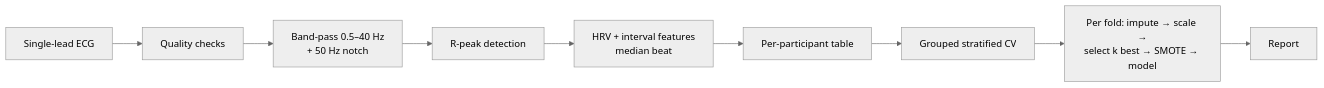
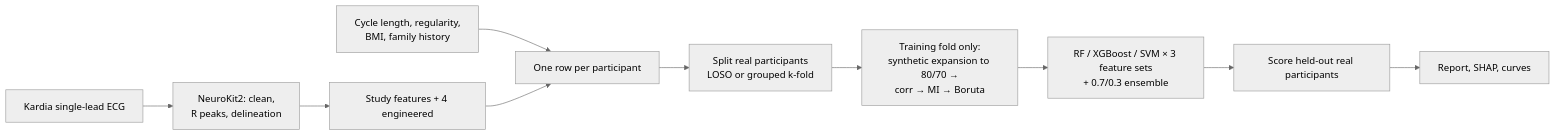
Before and after one commit to pkjx29/pcos-ecg: the diagram in README.md, drawn with Mermaid (neutral theme). The commit also changed other lines of this file and 9 other files, not shown here.

````diff
--- a/README.md
+++ b/README.md
@@ -50,11 +56,12 @@
 ```mermaid
 flowchart LR
-    A[Single-lead ECG] --> B[Quality checks]
-    B --> C[Band-pass 0.5–40 Hz<br/>+ 50 Hz notch]
-    C --> D[R-peak detection]
-    D --> E[HRV + interval features<br/>median beat]
-    E --> F[Per-participant table]
-    F --> G[Grouped stratified CV]
-    G --> H["Per fold: impute → scale →<br/>select k best → SMOTE → model"]
-    H --> I[Report]
+    A[Kardia single-lead ECG] --> B[NeuroKit2: clean,<br/>R peaks, delineation]
+    B --> C[Study features + 4 engineered]
+    P[Cycle length, regularity,<br/>BMI, family history] --> D
+    C --> D[One row per participant]
+    D --> E[Split real participants<br/>LOSO or grouped k-fold]
+    E --> F["Training fold only:<br/>synthetic expansion to 80/70 →<br/>corr → MI → Boruta"]
+    F --> G[RF / XGBoost / SVM × 3 feature sets<br/>+ 0.7/0.3 ensemble]
+    G --> H[Score held-out real participants]
+    H --> I[Report, SHAP, curves]
 ```
````
